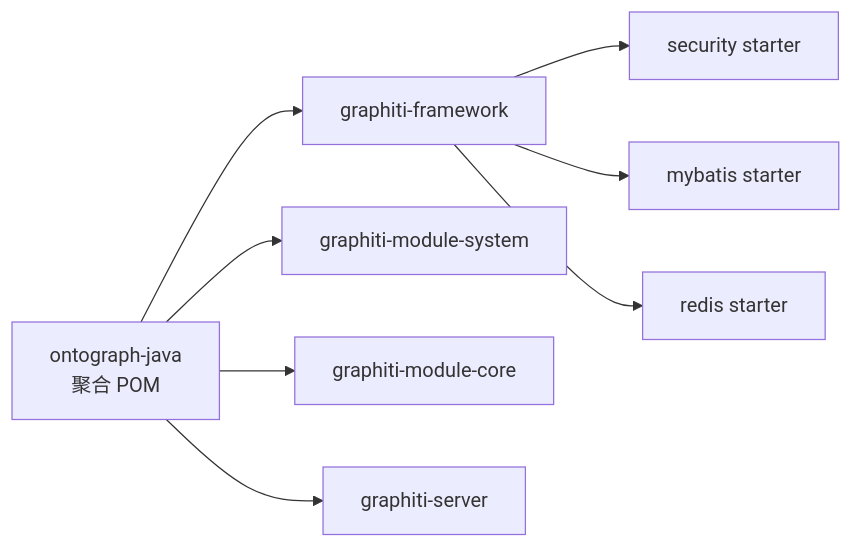
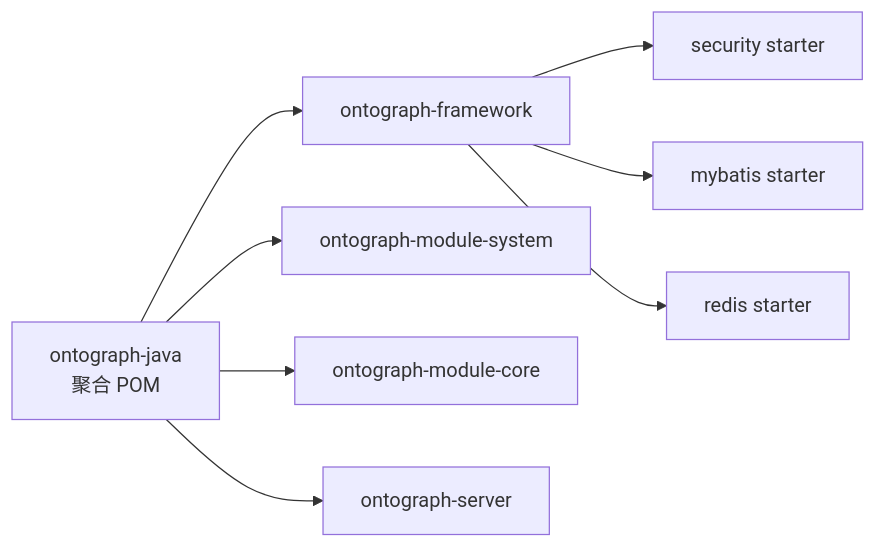
The eighth of 8 diagrams in docs/manual/项目概述/项目概述.md (joezxh/graphiti-java), drawn with Mermaid before and after one commit. The commit also changed other lines of this file and 200 other files, not shown here.

````diff
--- a/docs/manual/项目概述/项目概述.md
+++ b/docs/manual/项目概述/项目概述.md
@@ -317,10 +317,10 @@
 ```mermaid
 graph LR
-ROOT["ontograph-java<br/>聚合 POM"] --> FW["graphiti-framework"]
-ROOT --> SYS["graphiti-module-system"]
-ROOT --> CORE["graphiti-module-core"]
-ROOT --> SRV["graphiti-server"]
+ROOT["ontograph-java<br/>聚合 POM"] --> FW["ontograph-framework"]
+ROOT --> SYS["ontograph-module-system"]
+ROOT --> CORE["ontograph-module-core"]
+ROOT --> SRV["ontograph-server"]
 FW --> SEC["security starter"]
 FW --> MB["mybatis starter"]
 FW --> RDS["redis starter"]
 ```
````
